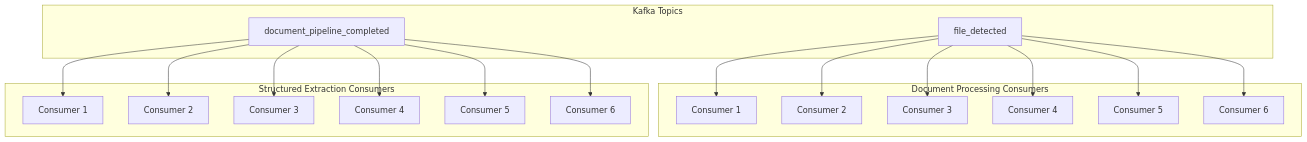
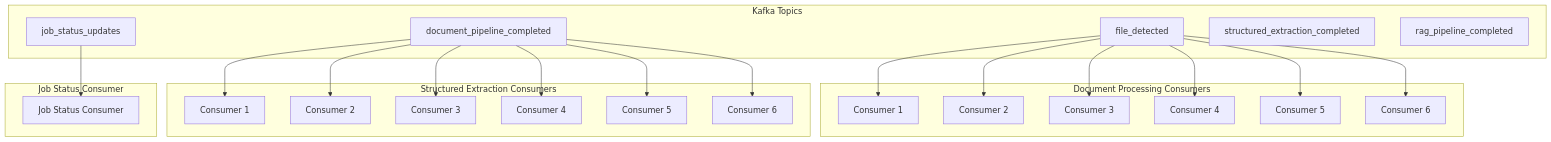
One commit to h19overflow/scaled_processing changed the eighth of 9 diagrams in README.md. Above: the diagram before and after it, drawn with Mermaid. The commit also changed other lines of this file, not shown here.

First line of the commit message:
docs(README): update system overview and architecture details

````diff
--- a/README.md
+++ b/README.md
@@ -277,39 +315,48 @@
 ```mermaid
 graph TB
     subgraph "Kafka Topics"
         T1[file_detected]
         T2[document_pipeline_completed]
+        T3[job_status_updates]
+        T4[structured_extraction_completed]
+        T5[rag_pipeline_completed]
     end
 
     subgraph "Document Processing Consumers"
         DP1[Consumer 1]
         DP2[Consumer 2]
         DP3[Consumer 3]
         DP4[Consumer 4]
         DP5[Consumer 5]
         DP6[Consumer 6]
     end
 
     subgraph "Structured Extraction Consumers"
         SE1[Consumer 1]
         SE2[Consumer 2]
         SE3[Consumer 3]
         SE4[Consumer 4]
         SE5[Consumer 5]
         SE6[Consumer 6]
     end
 
+    subgraph "Job Status Consumer"
+        JS1[Job Status Consumer]
+    end
+
     T1 --> DP1
     T1 --> DP2
     T1 --> DP3
     T1 --> DP4
     T1 --> DP5
     T1 --> DP6
 
     T2 --> SE1
     T2 --> SE2
     T2 --> SE3
     T2 --> SE4
     T2 --> SE5
     T2 --> SE6
+
+    T3 --> JS1
 ```
````
